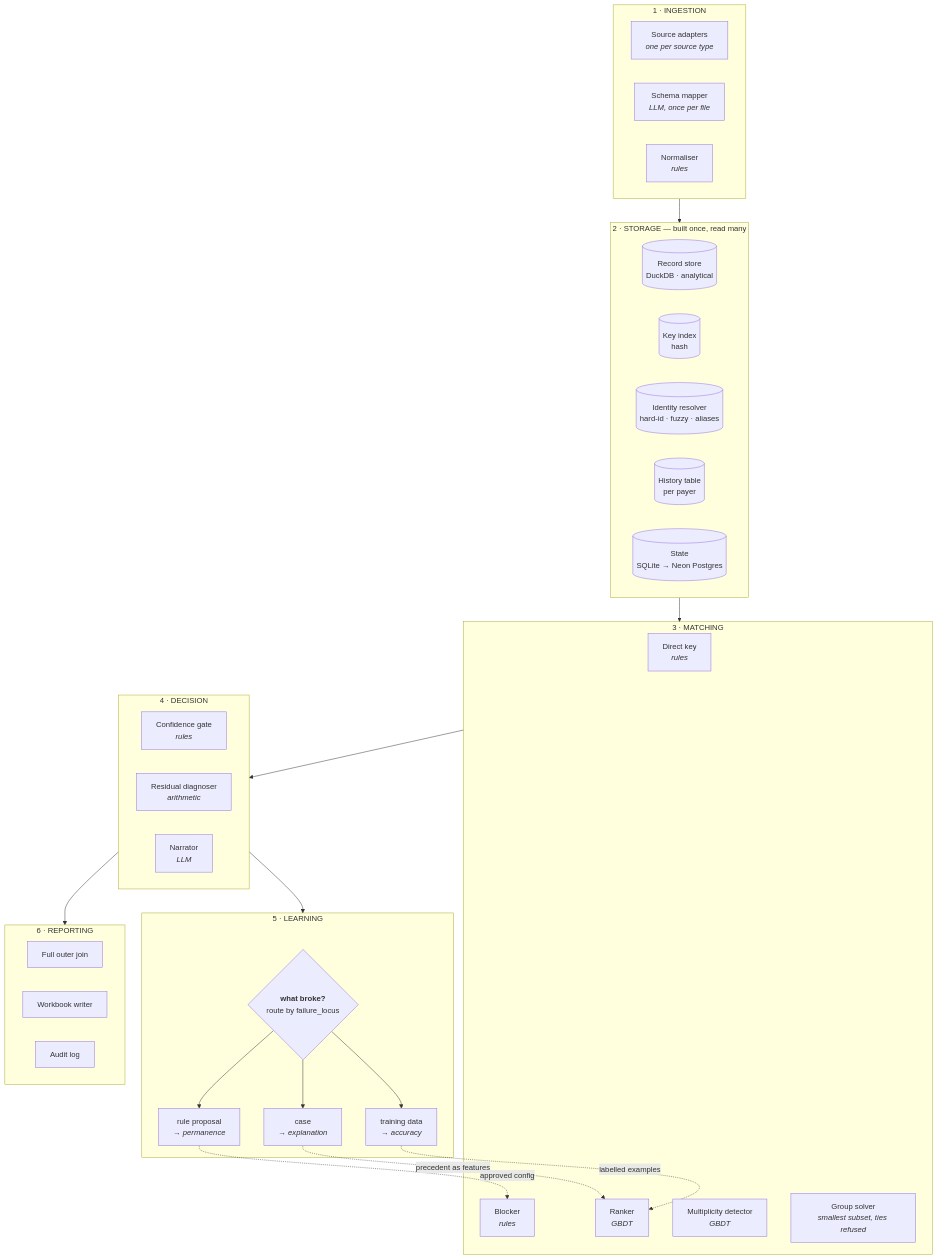
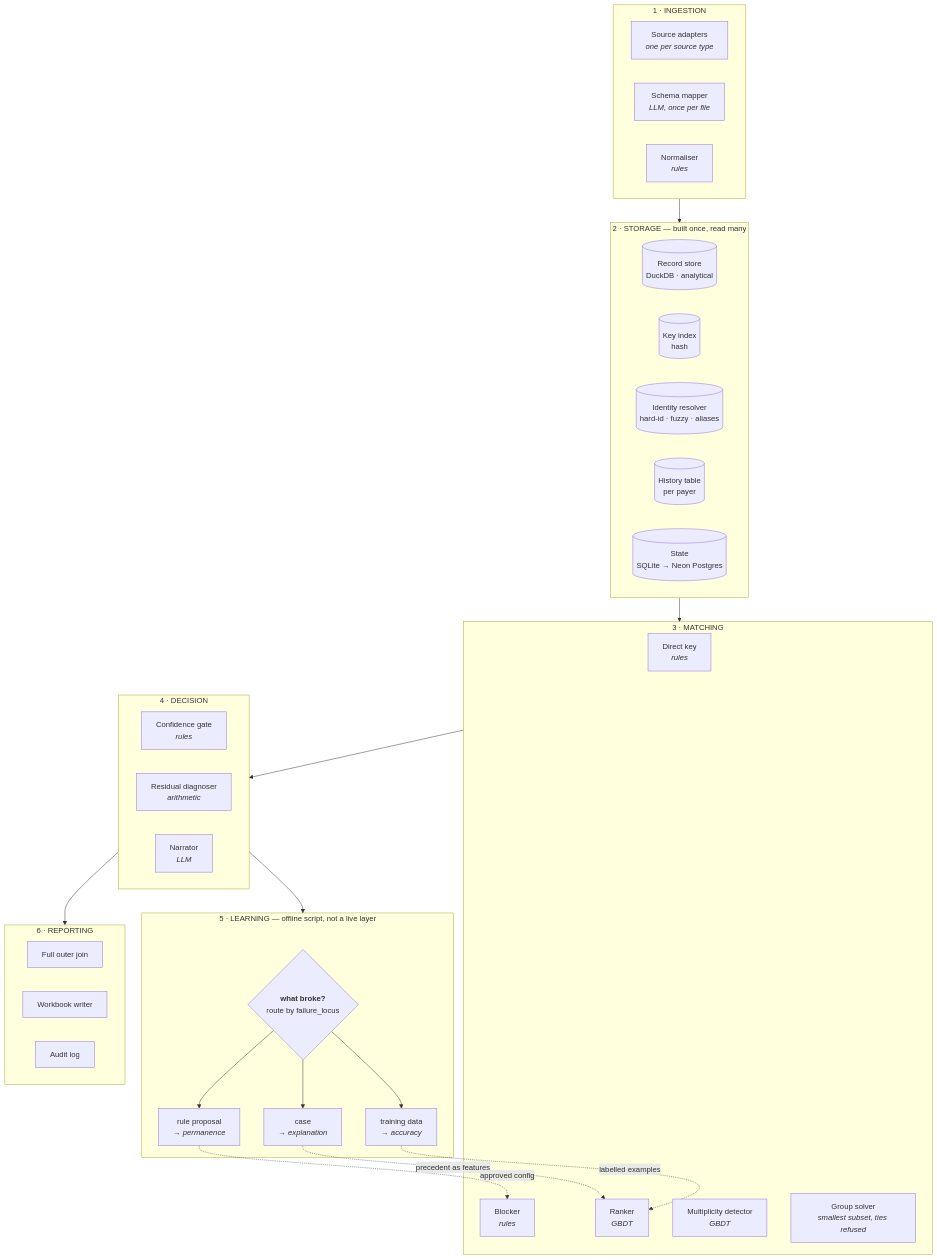
Before and after one commit to yug105/allocation-agent: the second of 6 diagrams in docs/DESIGN.md, drawn with Mermaid. The commit also changed other lines of this file and 7 other files, not shown here.

````diff
--- a/docs/DESIGN.md
+++ b/docs/DESIGN.md
@@ -44,53 +44,53 @@
 ```mermaid
 flowchart TB
     subgraph L1["1 · INGESTION"]
         A1["Source adapters<br/><i>one per source type</i>"]
         A2["Schema mapper<br/><i>LLM, once per file</i>"]
         A3["Normaliser<br/><i>rules</i>"]
     end
 
     subgraph L2["2 · STORAGE — built once, read many"]
         B1[("Record store<br/>DuckDB · analytical")]
         B2[("Key index<br/>hash")]
         B3[("Identity resolver<br/>hard-id · fuzzy · aliases")]
         B4[("History table<br/>per payer")]
         B5[("State<br/>SQLite → Neon Postgres")]
     end
 
     subgraph L3["3 · MATCHING"]
         C1["Direct key<br/><i>rules</i>"]
         C2["Blocker<br/><i>rules</i>"]
         C3["Ranker<br/><i>GBDT</i>"]
         C4["Multiplicity detector<br/><i>GBDT</i>"]
         C5["Group solver<br/><i>smallest subset, ties refused</i>"]
     end
 
     subgraph L4["4 · DECISION"]
         D1["Confidence gate<br/><i>rules</i>"]
         D2["Residual diagnoser<br/><i>arithmetic</i>"]
         D3["Narrator<br/><i>LLM</i>"]
     end
 
-    subgraph L5["5 · LEARNING"]
+    subgraph L5["5 · LEARNING — offline script, not a live layer"]
         E0{"<b>what broke?</b><br/>route by failure_locus"}
         E1["case<br/><i>→ explanation</i>"]
         E2["training data<br/><i>→ accuracy</i>"]
         E3["rule proposal<br/><i>→ permanence</i>"]
         E0 --> E1; E0 --> E2; E0 --> E3
     end
 
     subgraph L6["6 · REPORTING"]
         F1["Full outer join"]
         F2["Workbook writer"]
         F3["Audit log"]
     end
 
     L1 --> L2
     L2 --> L3
     L3 --> L4
     L4 --> L5
     E1 -.->|"precedent as features"| C3
     E2 -.->|"labelled examples"| C3
     E3 -.->|"approved config"| C2
     L4 --> L6
 ```
````
